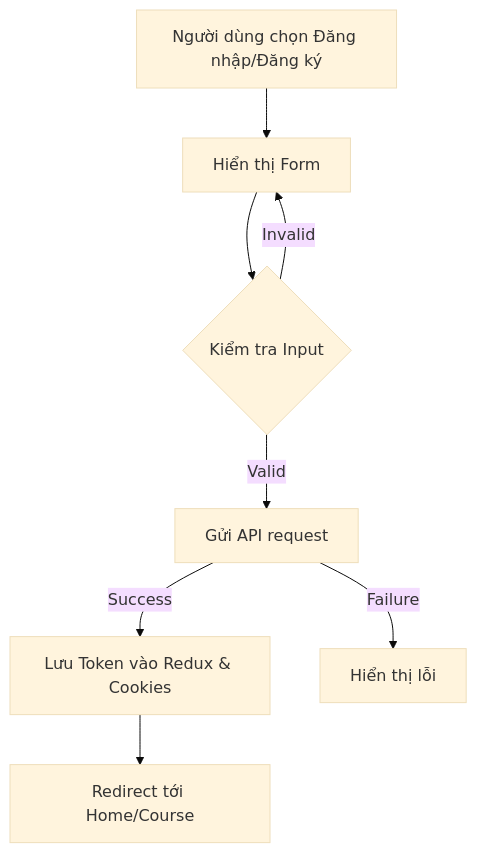
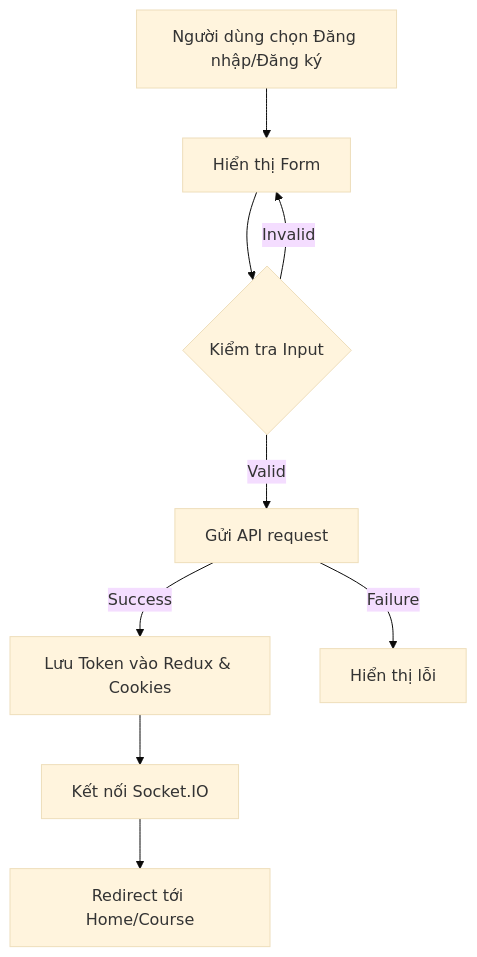
The second of 8 diagrams in memory-banks/frontend-flow.md (lehieu29/Elearning), drawn with Mermaid (base theme) before and after one commit. The commit also changed other lines of this file and 43 other files, not shown here.

````diff
--- a/memory-banks/frontend-flow.md
+++ b/memory-banks/frontend-flow.md
@@ -81,10 +96,11 @@
 ```mermaid
 graph TD
     A[Người dùng chọn Đăng nhập/Đăng ký] --> B[Hiển thị Form]
     B --> C{Kiểm tra Input}
     C -->|Valid| D[Gửi API request]
     C -->|Invalid| B
     D -->|Success| E[Lưu Token vào Redux & Cookies]
     D -->|Failure| F[Hiển thị lỗi]
-    E --> G[Redirect tới Home/Course]
+    E --> G[Kết nối Socket.IO]
+    G --> H[Redirect tới Home/Course]
 ```
````
